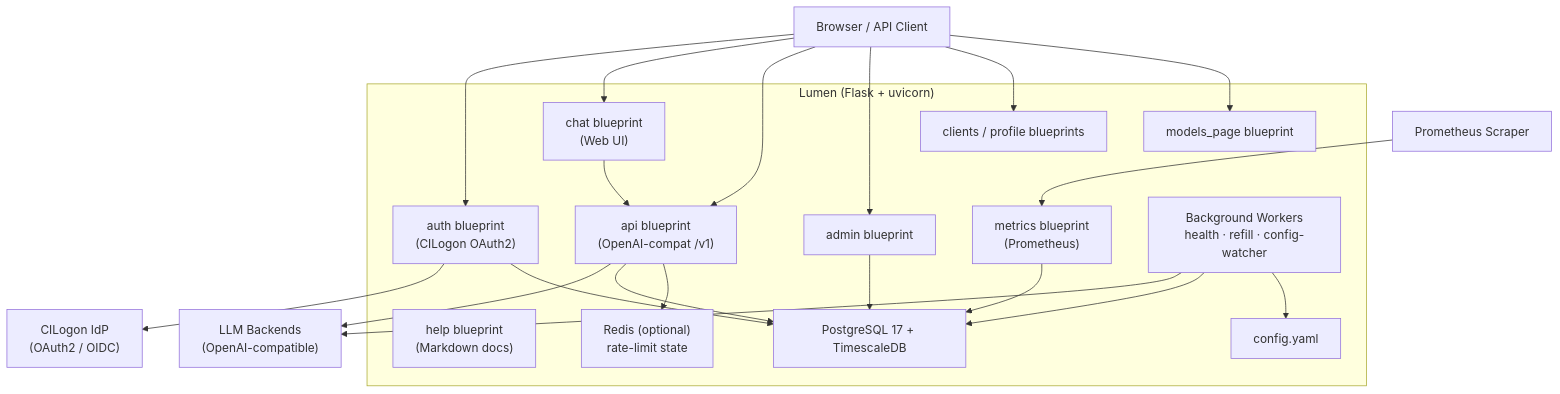
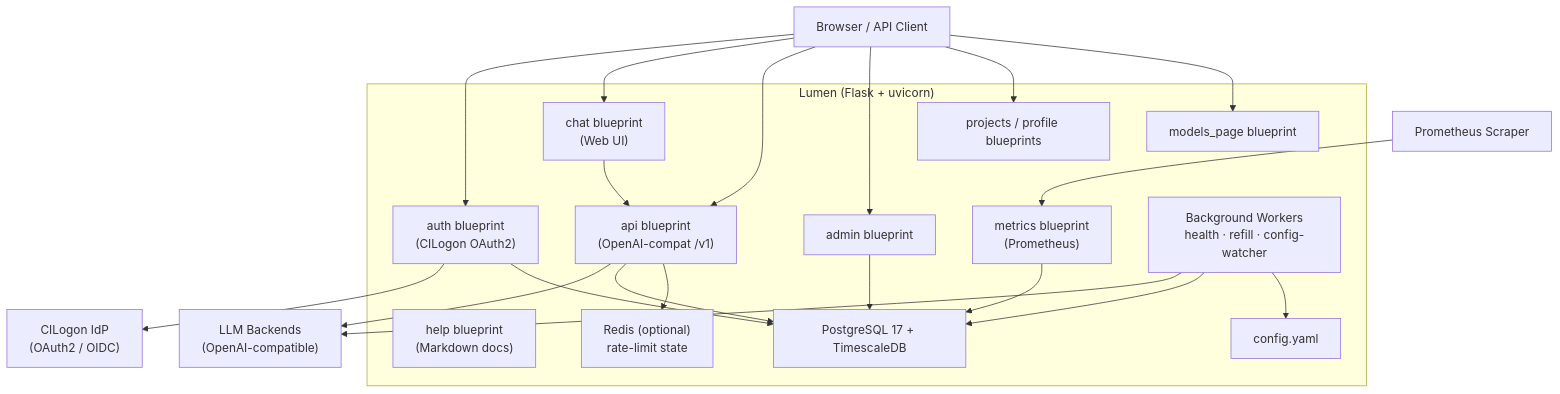
One commit to ncsa/lumen changed the diagram in docs/architecture.md. Above: the diagram before and after it, drawn with Mermaid. The commit also changed other lines of this file and 60 other files, not shown here.

````diff
--- a/docs/architecture.md
+++ b/docs/architecture.md
@@ -34,40 +34,40 @@
 ```mermaid
 graph TD
     Browser["Browser / API Client"]
     subgraph Lumen ["Lumen (Flask + uvicorn)"]
         Auth["auth blueprint\n(CILogon OAuth2)"]
         Chat["chat blueprint\n(Web UI)"]
         API["api blueprint\n(OpenAI-compat /v1)"]
         Admin["admin blueprint"]
-        Clients["clients / profile blueprints"]
+        Projects["projects / profile blueprints"]
         Models["models_page blueprint"]
         Metrics["metrics blueprint\n(Prometheus)"]
         Help["help blueprint\n(Markdown docs)"]
         BG["Background Workers\nhealth · refill · config-watcher"]
         DB["PostgreSQL 17 + TimescaleDB"]
         Cfg["config.yaml"]
         Redis["Redis (optional)\nrate-limit state"]
     end
     LLM["LLM Backends\n(OpenAI-compatible)"]
     CILogon["CILogon IdP\n(OAuth2 / OIDC)"]
     Prometheus["Prometheus Scraper"]
 
     Browser --> Auth
     Browser --> Chat
     Browser --> API
     Browser --> Admin
-    Browser --> Clients
+    Browser --> Projects
     Browser --> Models
     Auth --> CILogon
     Chat --> API
     API --> LLM
     API --> DB
     API --> Redis
     Auth --> DB
     Admin --> DB
     Metrics --> DB
     Prometheus --> Metrics
     BG --> LLM
     BG --> DB
     BG --> Cfg
 ```
````
